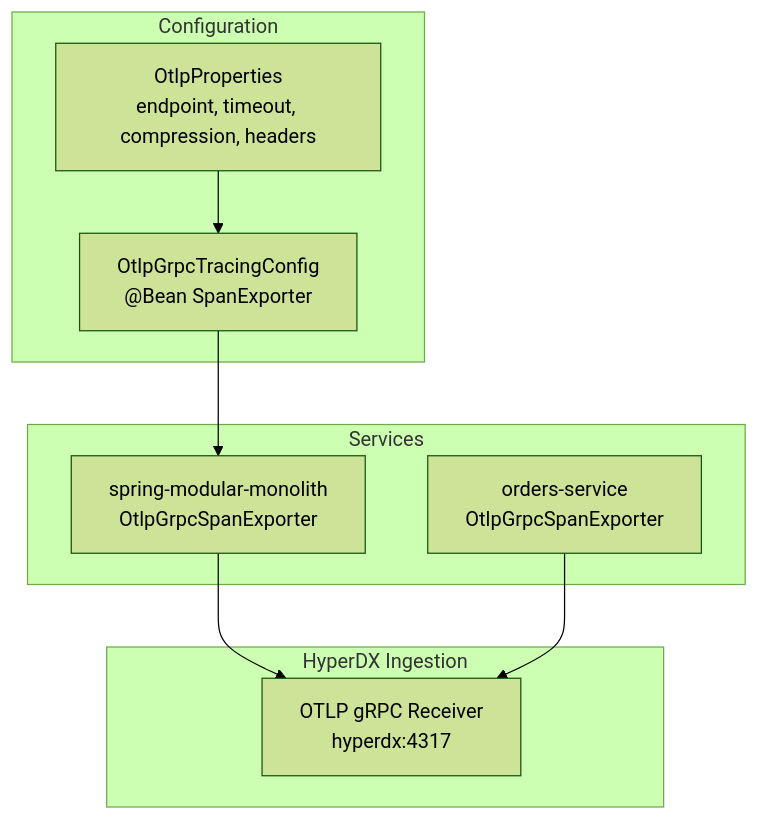
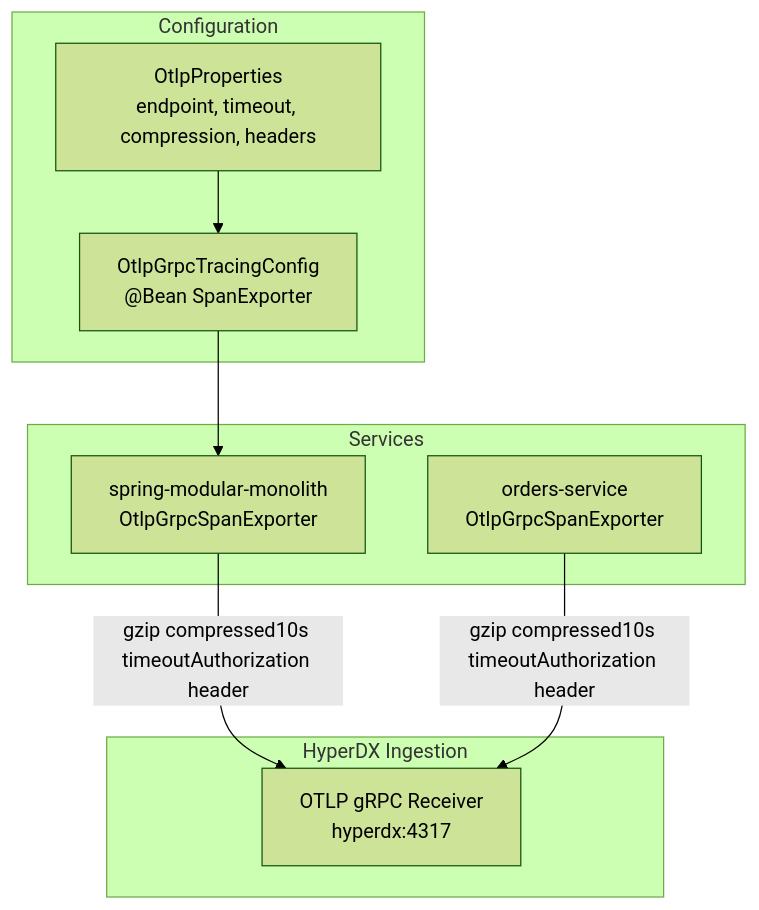
Before and after one commit to philipz/spring-modular-monolith: the second of 4 diagrams in docs/deepwiki/Observability-and-Monitoring.md, drawn with Mermaid (forest theme). The commit also changed other lines of this file and 55 other files, not shown here.

````diff
--- a/docs/deepwiki/Observability-and-Monitoring.md
+++ b/docs/deepwiki/Observability-and-Monitoring.md
@@ -91,28 +91,28 @@
 ```mermaid
 flowchart TD
 
 MonolithApp["spring-modular-monolith<br>OtlpGrpcSpanExporter"]
 OrdersApp["orders-service<br>OtlpGrpcSpanExporter"]
 OtlpProps["OtlpProperties<br>endpoint, timeout, compression, headers"]
 OtlpConfig["OtlpGrpcTracingConfig<br>@Bean SpanExporter"]
 OTLPReceiver["OTLP gRPC Receiver<br>hyperdx:4317"]
 
-MonolithApp --> OTLPReceiver
-OrdersApp --> OTLPReceiver
+MonolithApp -->|"gzip compressed10s timeoutAuthorization header"| OTLPReceiver
+OrdersApp -->|"gzip compressed10s timeoutAuthorization header"| OTLPReceiver
 OtlpConfig --> MonolithApp
 
 subgraph subGraph2 ["HyperDX Ingestion"]
     OTLPReceiver
 end
 
 subgraph Configuration ["Configuration"]
     OtlpProps
     OtlpConfig
     OtlpProps --> OtlpConfig
 end
 
 subgraph Services ["Services"]
     MonolithApp
     OrdersApp
 end
 ```
````
